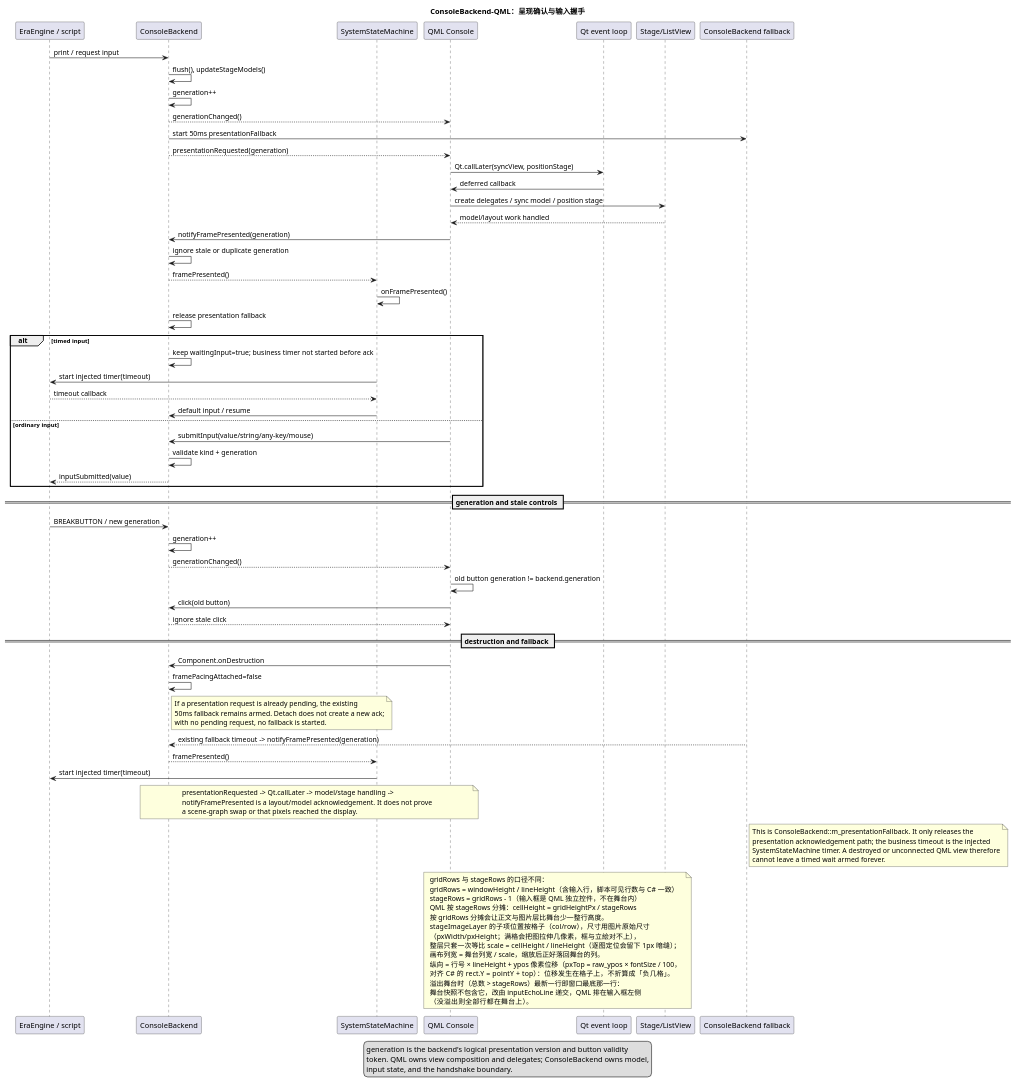
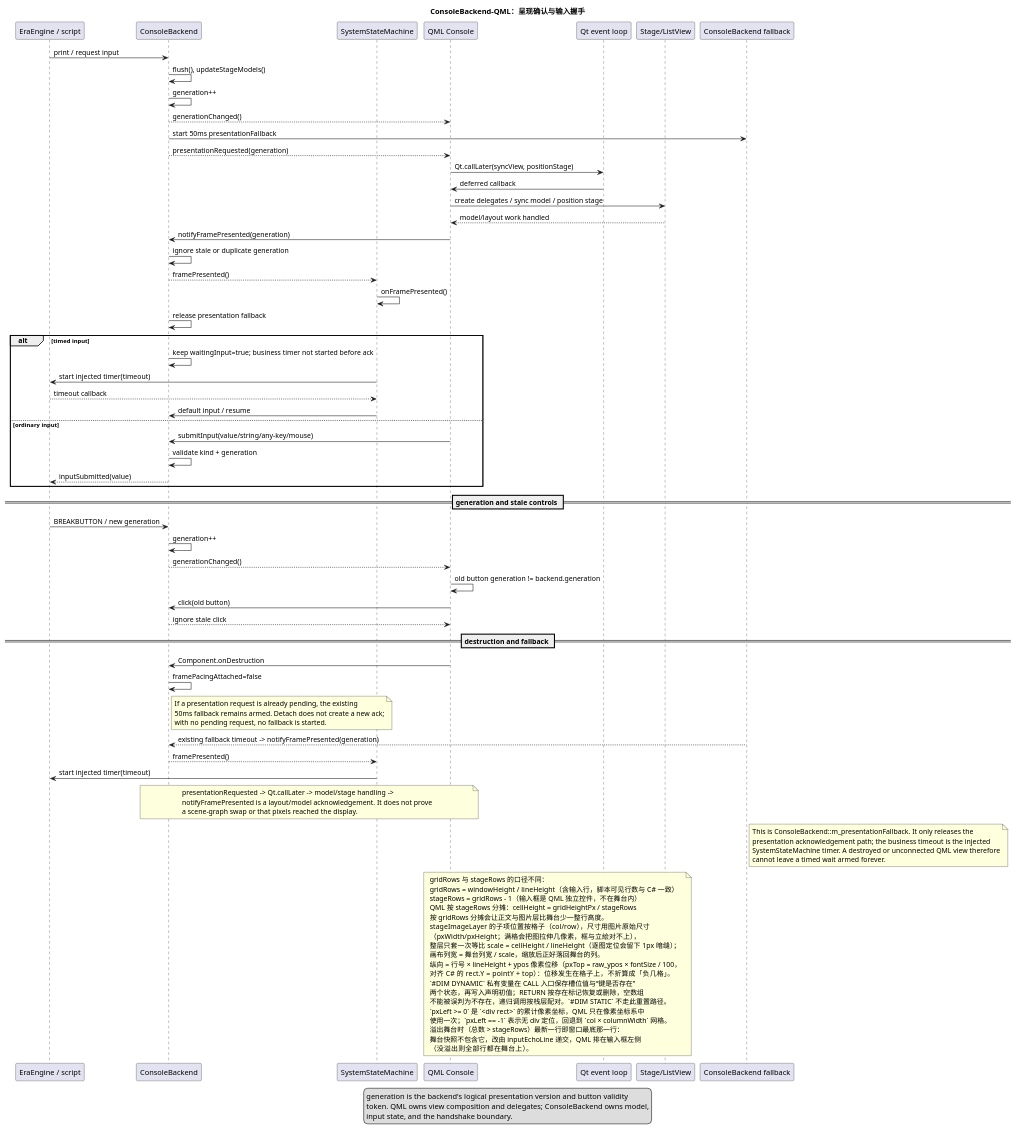
One commit to yigekuyou/qt-eraemu changed the diagram in docs/uml/15-console-qml-handshake.puml. Above: the diagram before and after it, drawn with PlantUML. The commit also changed 2 other files, not shown here.

Commit message:
修复动态变量快照存在性边界并更新 UML
审查 a6ddcaa：#DIM DYNAMIC 作用域恢复同时保存槽位值与键存在性，避免合法空容器被误判为不存在；补充 Console/QML UML 对动态作用域恢复和 pxLeft 像素定位回退的说明。专项测试、全量 CTest 71/71、PlantUML 严格渲染和 git diff --check 均通过。

```diff
--- a/docs/uml/15-console-qml-handshake.puml
+++ b/docs/uml/15-console-qml-handshake.puml
@@ -1,99 +1,104 @@
 @startuml 15-console-qml-handshake
 !pragma layout smetana
 ' ConsoleBackend 与 QML 的 presentation/input 握手。
 ' 来源：GameView/console_backend.h/.cpp, qml/Console.qml, qml/ConsoleBlock.qml
 
 title ConsoleBackend-QML：呈现确认与输入握手
 
 participant "EraEngine / script" as E
 participant "ConsoleBackend" as B
 participant "SystemStateMachine" as S
 participant "QML Console" as C
 participant "Qt event loop" as Qt
 participant "Stage/ListView" as V
 participant "ConsoleBackend fallback" as F
 
 E -> B : print / request input
 B -> B : flush(), updateStageModels()
 B -> B : generation++
 B --> C : generationChanged()
 B -> F : start 50ms presentationFallback
 B --> C : presentationRequested(generation)
 C -> Qt : Qt.callLater(syncView, positionStage)
 Qt -> C : deferred callback
 C -> V : create delegates / sync model / position stage
 V --> C : model/layout work handled
 C -> B : notifyFramePresented(generation)
 B -> B : ignore stale or duplicate generation
 B --> S : framePresented()
 S -> S : onFramePresented()
 B -> B : release presentation fallback
 
 alt timed input
   B -> B : keep waitingInput=true; business timer not started before ack
   S -> E : start injected timer(timeout)
   E --> S : timeout callback
   S -> B : default input / resume
 else ordinary input
   C -> B : submitInput(value/string/any-key/mouse)
   B -> B : validate kind + generation
   B --> E : inputSubmitted(value)
 end
 
 == generation and stale controls ==
 E -> B : BREAKBUTTON / new generation
 B -> B : generation++
 B --> C : generationChanged()
 C -> C : old button generation != backend.generation
 C -> B : click(old button)
 B --> C : ignore stale click
 
 == destruction and fallback ==
 C -> B : Component.onDestruction
 B -> B : framePacingAttached=false
 note right of B
   If a presentation request is already pending, the existing
   50ms fallback remains armed. Detach does not create a new ack;
   with no pending request, no fallback is started.
 end note
 F --> B : existing fallback timeout -> notifyFramePresented(generation)
 B --> S : framePresented()
 S -> E : start injected timer(timeout)
 
 note over B,C
   presentationRequested -> Qt.callLater -> model/stage handling ->
   notifyFramePresented is a layout/model acknowledgement. It does not prove
   a scene-graph swap or that pixels reached the display.
 end note
 
 note right of F
   This is ConsoleBackend::m_presentationFallback. It only releases the
   presentation acknowledgement path; the business timeout is the injected
   SystemStateMachine timer. A destroyed or unconnected QML view therefore
   cannot leave a timed wait armed forever.
 end note
 
 
 note over C,V
   gridRows 与 stageRows 的口径不同：
   gridRows  = windowHeight / lineHeight（含输入行，脚本可见行数与 C# 一致）
   stageRows = gridRows - 1（输入框是 QML 独立控件，不在舞台内）
   QML 按 stageRows 分摊：cellHeight = gridHeightPx / stageRows
   按 gridRows 分摊会让正文与图片层比舞台少一整行高度。
   stageImageLayer 的子项位置按格子（col/row），尺寸用图片原始尺寸
   （pxWidth/pxHeight；满格会把图拉伸几像素，框与立絵对不上），
   整层只套一次等比 scale = cellHeight / lineHeight（逐图定位会留下 1px 暗缝）；
   画布列宽 = 舞台列宽 / scale，缩放后正好落回舞台的列。
   纵向 = 行号 × lineHeight + ypos 像素位移（pxTop = raw_ypos × fontSize / 100，
   对齐 C# 的 rect.Y = pointY + top）：位移发生在格子上，不折算成「负几格」。
+  `#DIM DYNAMIC` 私有变量在 CALL 入口保存槽位值与“键是否存在”
+  两个状态，再写入声明初值；RETURN 按存在标记恢复或删除，空数组
+  不能被误判为不存在，递归调用按栈层配对。`#DIM STATIC` 不走此重置路径。
+  `pxLeft >= 0` 是 `<div rect>` 的累计像素坐标，QML 只在像素坐标系中
+  使用一次；`pxLeft == -1` 表示无 div 定位，回退到 `col × columnWidth` 网格。
   溢出舞台时（总数 > stageRows）最新一行即窗口最底那一行：
   舞台快照不包含它，改由 inputEchoLine 递交，QML 排在输入框左侧
   （没溢出则全部行都在舞台上）。
 end note
 
 legend bottom
   generation is the backend's logical presentation version and button validity
   token. QML owns view composition and delegates; ConsoleBackend owns model,
   input state, and the handshake boundary.
 endlegend
 @enduml
```
